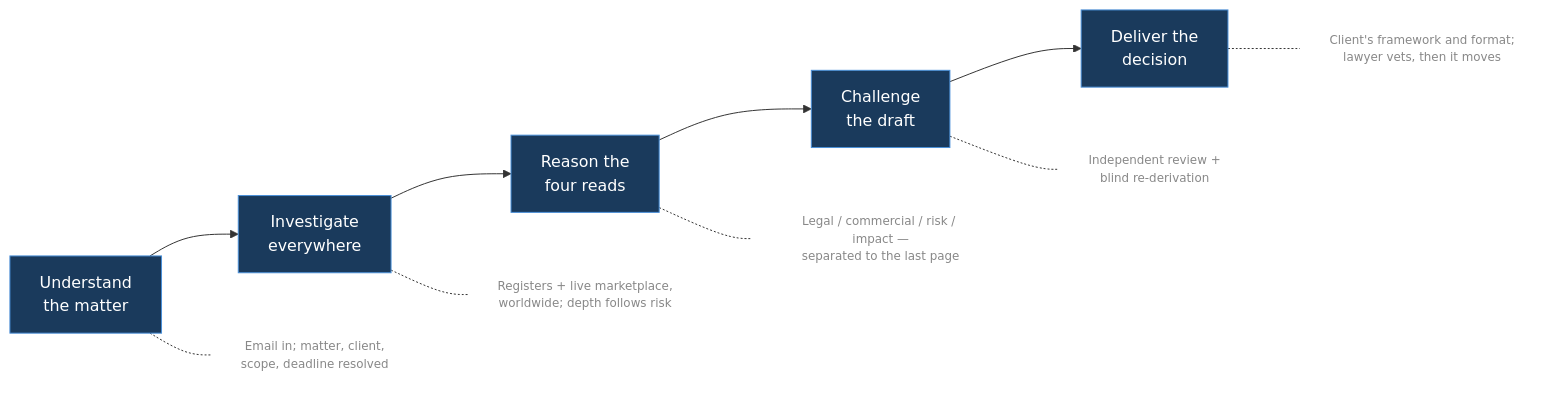
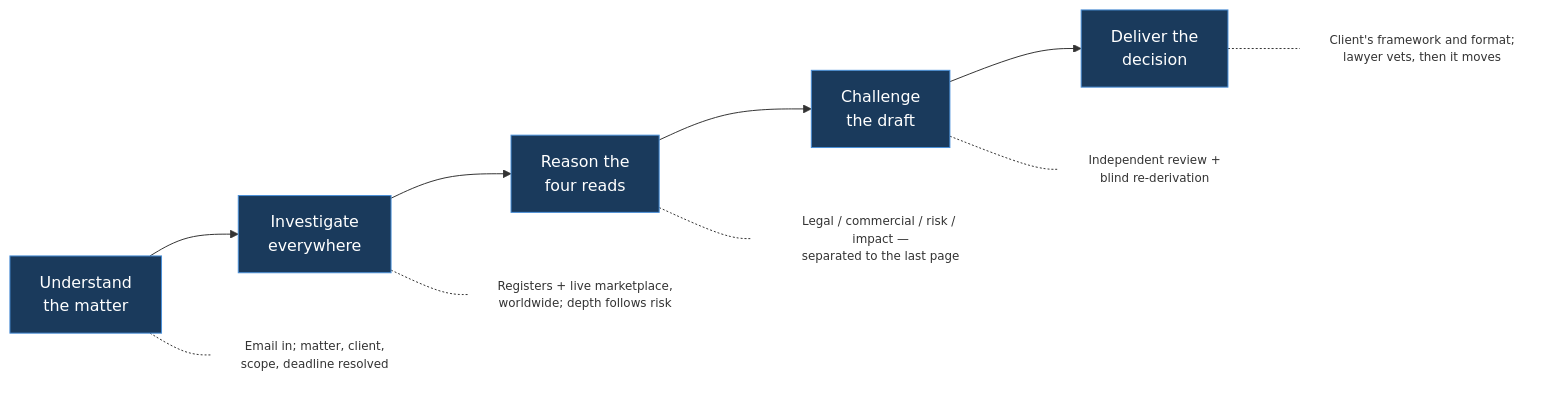
The diagram in docs/architecture/01-product-overview.md (CordilleraSarl/clearotron), drawn with Mermaid before and after one commit. The commit also changed 69 other files, not shown here.

````diff
--- a/docs/architecture/01-product-overview.md
+++ b/docs/architecture/01-product-overview.md
@@ -43,18 +43,18 @@
 ```mermaid
 flowchart LR
     A["Understand<br/>the matter"] --> B["Investigate<br/>everywhere"]
     B --> C["Reason the<br/>four reads"]
     C --> D["Challenge<br/>the draft"]
     D --> E["Deliver the<br/>decision"]
 
     A -.- a2["Email in; matter, client,<br/>scope, deadline resolved"]
     B -.- b2["Registers + live marketplace,<br/>worldwide; depth follows risk"]
     C -.- c2["Legal / commercial / risk / impact —<br/>separated to the last page"]
     D -.- d2["Independent review +<br/>blind re-derivation"]
     E -.- e2["Client's framework and format;<br/>lawyer vets, then it moves"]
 
     classDef phase fill:#1a3a5c,stroke:#4a90d9,color:#fff
-    classDef note fill:none,stroke:none,color:#888,font-size:12px
+    classDef note fill:none,stroke:none,color:tracker issue 888,font-size:12px
     class A,B,C,D,E phase
     class a2,b2,c2,d2,e2 note
 ```
````
